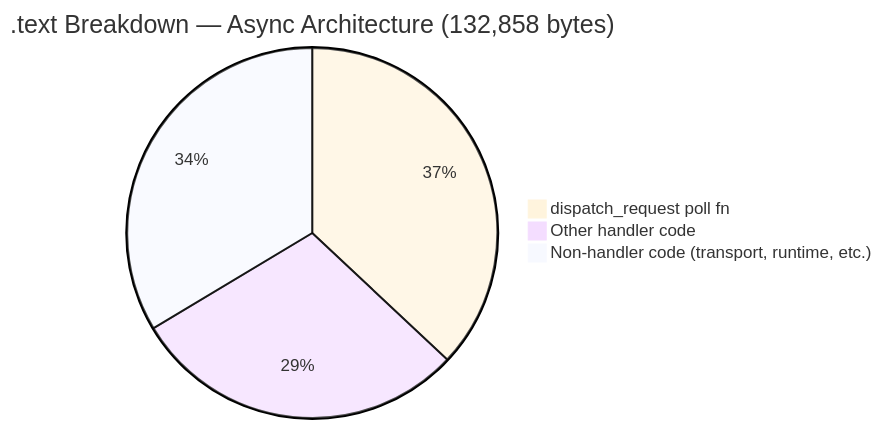
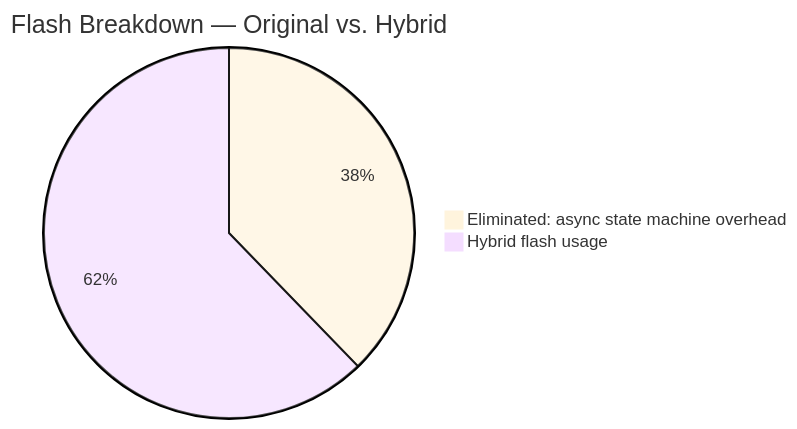
Before and after one commit to atulkhare4096/caliptra-mcu-sw: the first of 5 diagrams in ASYNC_EXPERIMENT_RESULTS.md, drawn with Mermaid. The commit also changed other lines of this file, not shown here.

First line of the commit message:
Restructure document: architecture and results first, experiments in appendix

````diff
--- a/ASYNC_EXPERIMENT_RESULTS.md
+++ b/ASYNC_EXPERIMENT_RESULTS.md
@@ -56,7 +21,6 @@
 ```mermaid
 %%{init: {'theme': 'base', 'themeVariables': {'fontSize': '14px'}}}%%
-pie title .text Breakdown — Async Architecture (132,858 bytes)
-    "dispatch_request poll fn" : 49144
-    "Other handler code" : 39072
-    "Non-handler code (transport, runtime, etc.)" : 44642
+pie title Flash Breakdown — Original vs. Hybrid
+    "Eliminated: async state machine overhead" : 57002
+    "Hybrid flash usage" : 93956
 ```
````
